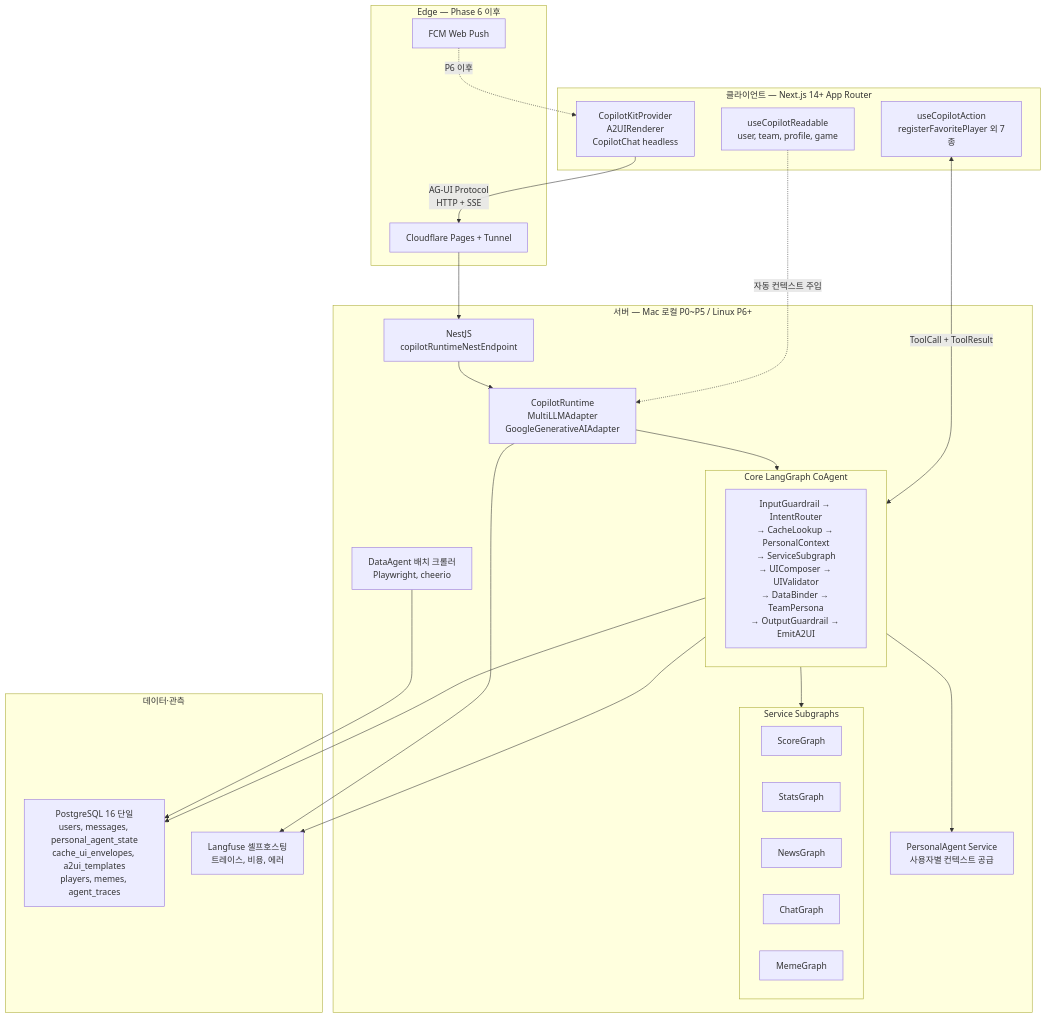
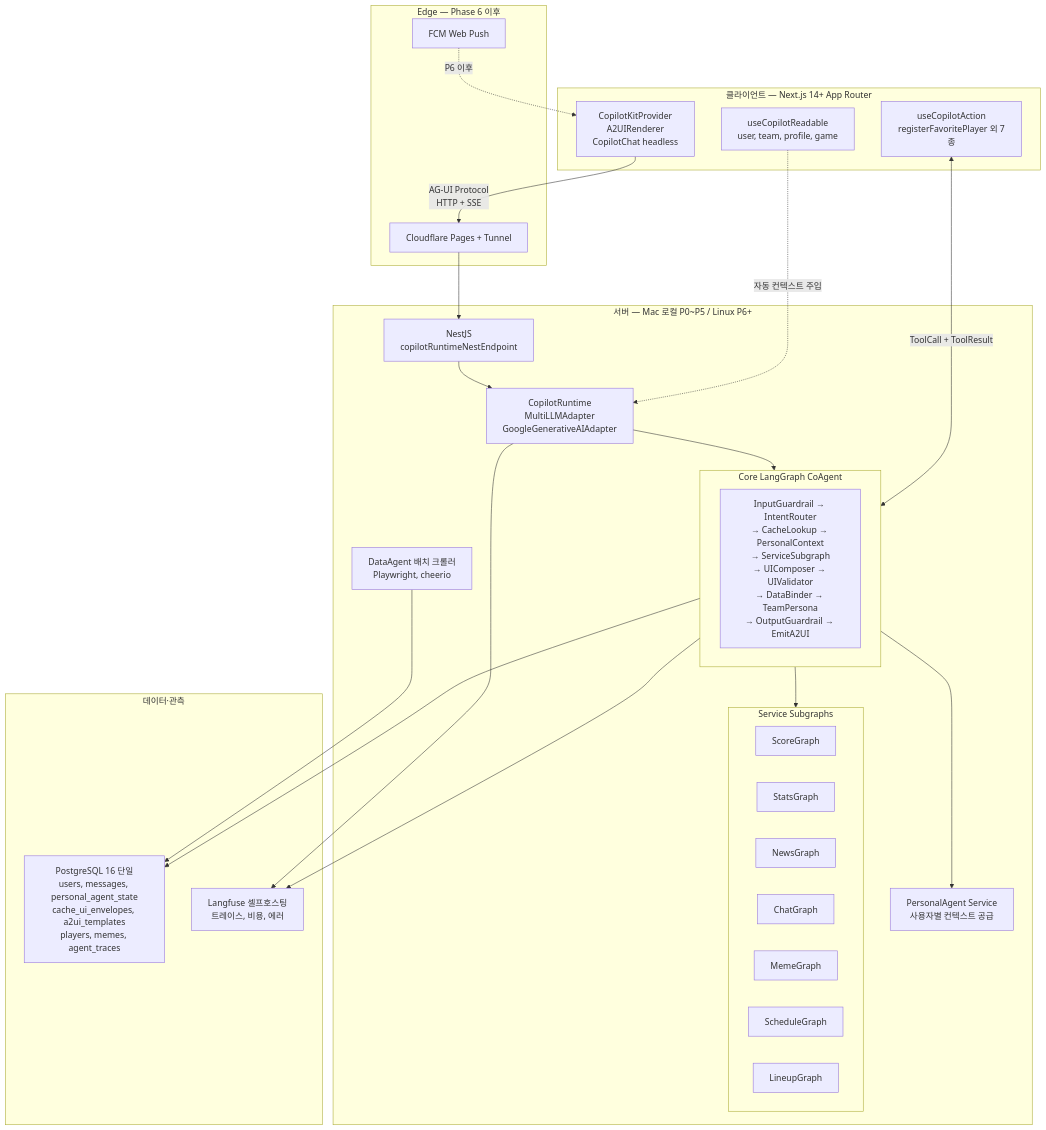
One commit to leonardo204/Batdi changed the first of 5 diagrams in docs/plan/batdi-architecture.md. Above: the diagram before and after it, drawn with Mermaid. The commit also changed other lines of this file and 3 other files, not shown here.

````diff
--- a/docs/plan/batdi-architecture.md
+++ b/docs/plan/batdi-architecture.md
@@ -25,52 +25,54 @@
 ```mermaid
 flowchart TB
     subgraph Client["클라이언트 — Next.js 14+ App Router"]
         CP["CopilotKitProvider<br>A2UIRenderer<br>CopilotChat headless"]
         UR["useCopilotReadable<br>user, team, profile, game"]
         UA["useCopilotAction<br>registerFavoritePlayer 외 7종"]
     end
 
     subgraph Edge["Edge — Phase 6 이후"]
         CF["Cloudflare Pages + Tunnel"]
         FCM["FCM Web Push"]
     end
 
     subgraph Server["서버 — Mac 로컬 P0~P5 / Linux P6+"]
         NEST["NestJS<br>copilotRuntimeNestEndpoint"]
         RT["CopilotRuntime<br>MultiLLMAdapter<br>GoogleGenerativeAIAdapter"]
 
         subgraph Graph["Core LangGraph CoAgent"]
             G["InputGuardrail → IntentRouter<br>→ CacheLookup → PersonalContext<br>→ ServiceSubgraph<br>→ UIComposer → UIValidator<br>→ DataBinder → TeamPersona<br>→ OutputGuardrail → EmitA2UI"]
         end
 
         subgraph Sub["Service Subgraphs"]
             S1["ScoreGraph"]
             S2["StatsGraph"]
             S3["NewsGraph"]
             S4["ChatGraph"]
             S5["MemeGraph"]
+            S6["ScheduleGraph"]
+            S7["LineupGraph"]
         end
 
         PA["PersonalAgent Service<br>사용자별 컨텍스트 공급"]
         DA["DataAgent 배치 크롤러<br>Playwright, cheerio"]
     end
 
     subgraph Data["데이터·관측"]
         PG["PostgreSQL 16 단일<br>users, messages, personal_agent_state<br>cache_ui_envelopes, a2ui_templates<br>players, memes, agent_traces"]
         LF["Langfuse 셀프호스팅<br>트레이스, 비용, 에러"]
     end
 
     CP -->|"AG-UI Protocol<br>HTTP + SSE"| CF
     CF --> NEST
     NEST --> RT
     RT --> Graph
     Graph --> Sub
     Graph --> PA
     Graph --> PG
     DA --> PG
     Graph --> LF
     RT --> LF
     UR -.->|"자동 컨텍스트 주입"| RT
     UA <-->|"ToolCall + ToolResult"| Graph
     FCM -.->|"P6 이후"| CP
 ```
````
